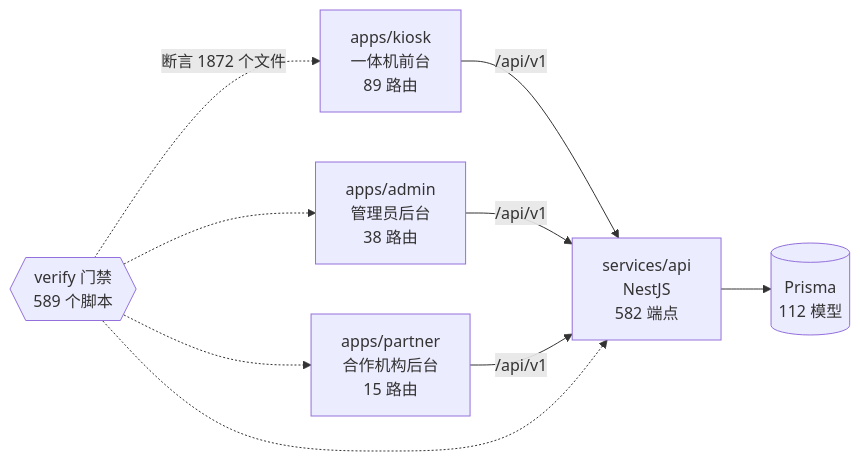
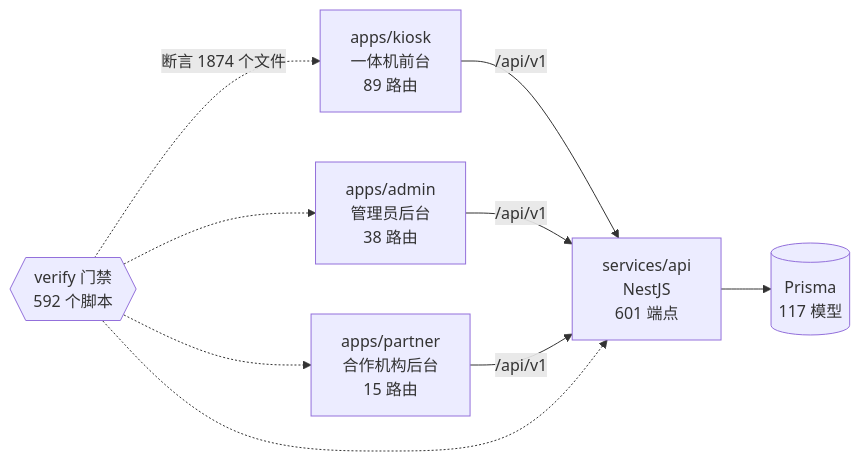
The diagram in docs/graph/README.md (wanglei581/YITIJI), drawn with Mermaid before and after one commit. The commit also changed other lines of this file and 6 other files, not shown here.

Commit message:
chore(graph): 重新生成项目图谱（首页触屏版）

````diff
--- a/docs/graph/README.md
+++ b/docs/graph/README.md
@@ -68,18 +68,18 @@
 ```mermaid
 flowchart LR
   kiosk["apps/kiosk<br/>一体机前台<br/>89 路由"]
   admin["apps/admin<br/>管理员后台<br/>38 路由"]
   partner["apps/partner<br/>合作机构后台<br/>15 路由"]
-  api["services/api<br/>NestJS<br/>582 端点"]
-  db[("Prisma<br/>112 模型")]
-  gates{{"verify 门禁<br/>589 个脚本"}}
+  api["services/api<br/>NestJS<br/>601 端点"]
+  db[("Prisma<br/>117 模型")]
+  gates{{"verify 门禁<br/>592 个脚本"}}
 
   kiosk -->|"/api/v1"| api
   admin -->|"/api/v1"| api
   partner -->|"/api/v1"| api
   api --> db
-  gates -.->|"断言 1872 个文件"| kiosk
+  gates -.->|"断言 1874 个文件"| kiosk
   gates -.-> admin
   gates -.-> partner
   gates -.-> api
 ```
````
